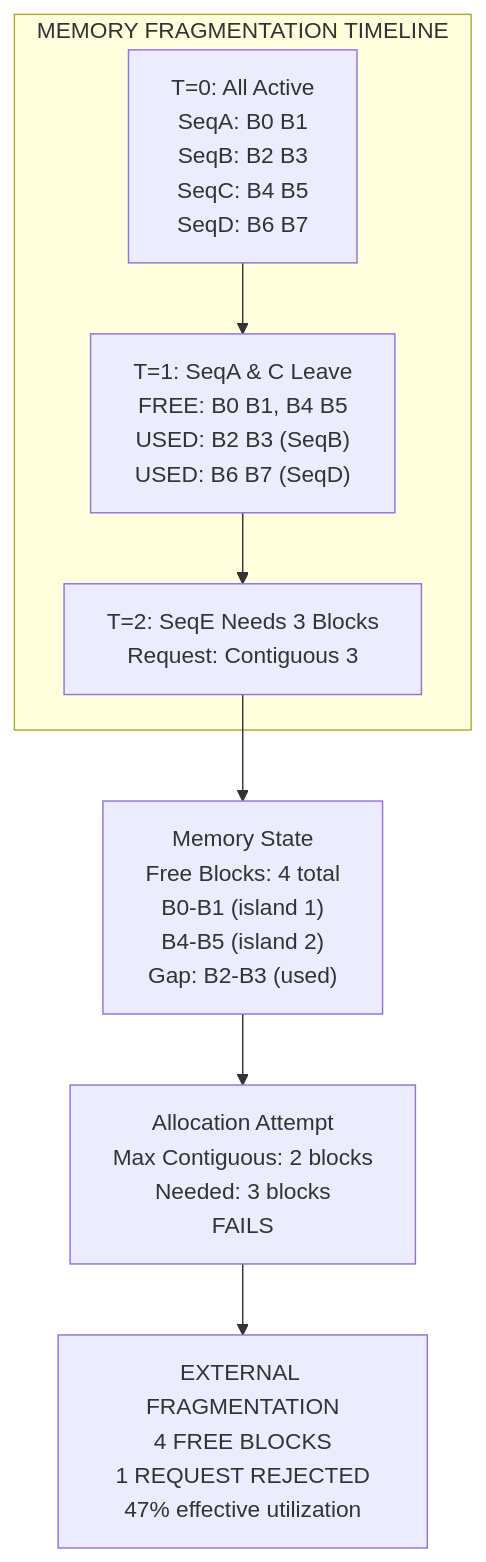
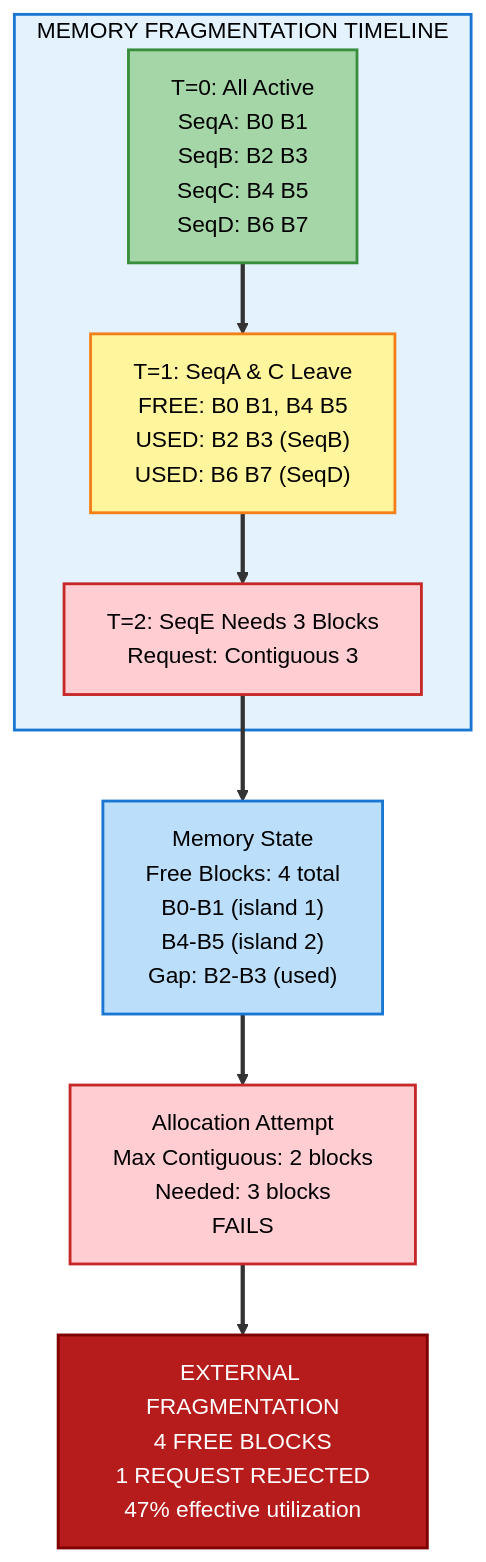
The fourth of 15 diagrams in lab0.3/README.md (Shahriarin2garden/vllm_from_scratch), drawn with Mermaid before and after one commit. The commit also changed other lines of this file and 2 other files, not shown here.

Commit message:
Enhance README with detailed mermaid diagrams for KV cache performance, memory fragmentation, and eviction strategies; add .gitignore to exclude plans directory from version control.

````diff
--- a/lab0.3/README.md
+++ b/lab0.3/README.md
@@ -275,17 +313,27 @@
 ```mermaid
 graph TD
-    subgraph TIMELINE["MEMORY FRAGMENTATION TIMELINE"]
+    subgraph TIMELINE [" MEMORY FRAGMENTATION TIMELINE "]
         T0["T=0: All Active<br/>SeqA: B0 B1<br/>SeqB: B2 B3<br/>SeqC: B4 B5<br/>SeqD: B6 B7"]
         T1["T=1: SeqA & C Leave<br/>FREE: B0 B1, B4 B5<br/>USED: B2 B3 (SeqB)<br/>USED: B6 B7 (SeqD)"]
         T2["T=2: SeqE Needs 3 Blocks<br/>Request: Contiguous 3"]
     end
     
     FRAGSTAT["Memory State<br/>Free Blocks: 4 total<br/>B0-B1 (island 1)<br/>B4-B5 (island 2)<br/>Gap: B2-B3 (used)"]
     
     ATTEMPT["Allocation Attempt<br/>Max Contiguous: 2 blocks<br/>Needed: 3 blocks<br/>FAILS"]
     
     PROBLEM["EXTERNAL FRAGMENTATION<br/>4 FREE BLOCKS<br/>1 REQUEST REJECTED<br/>47% effective utilization"]
     
     T0 --> T1 --> T2 --> FRAGSTAT
     FRAGSTAT --> ATTEMPT --> PROBLEM
+    
+    linkStyle default stroke:#333,stroke-width:3px
+    
+    style TIMELINE fill:#e3f2fd,stroke:#1976d2,stroke-width:2px,color:#000
+    style T0 fill:#a5d6a7,stroke:#388e3c,stroke-width:2px,color:#000
+    style T1 fill:#fff59d,stroke:#f57f17,stroke-width:2px,color:#000
+    style T2 fill:#ffcdd2,stroke:#c62828,stroke-width:2px,color:#000
+    style FRAGSTAT fill:#bbdefb,stroke:#1976d2,stroke-width:2px,color:#000
+    style ATTEMPT fill:#ffcdd2,stroke:#c62828,stroke-width:2px,color:#000
+    style PROBLEM fill:#b71c1c,stroke:#7f0000,stroke-width:2px,color:#fff
 ```
````
